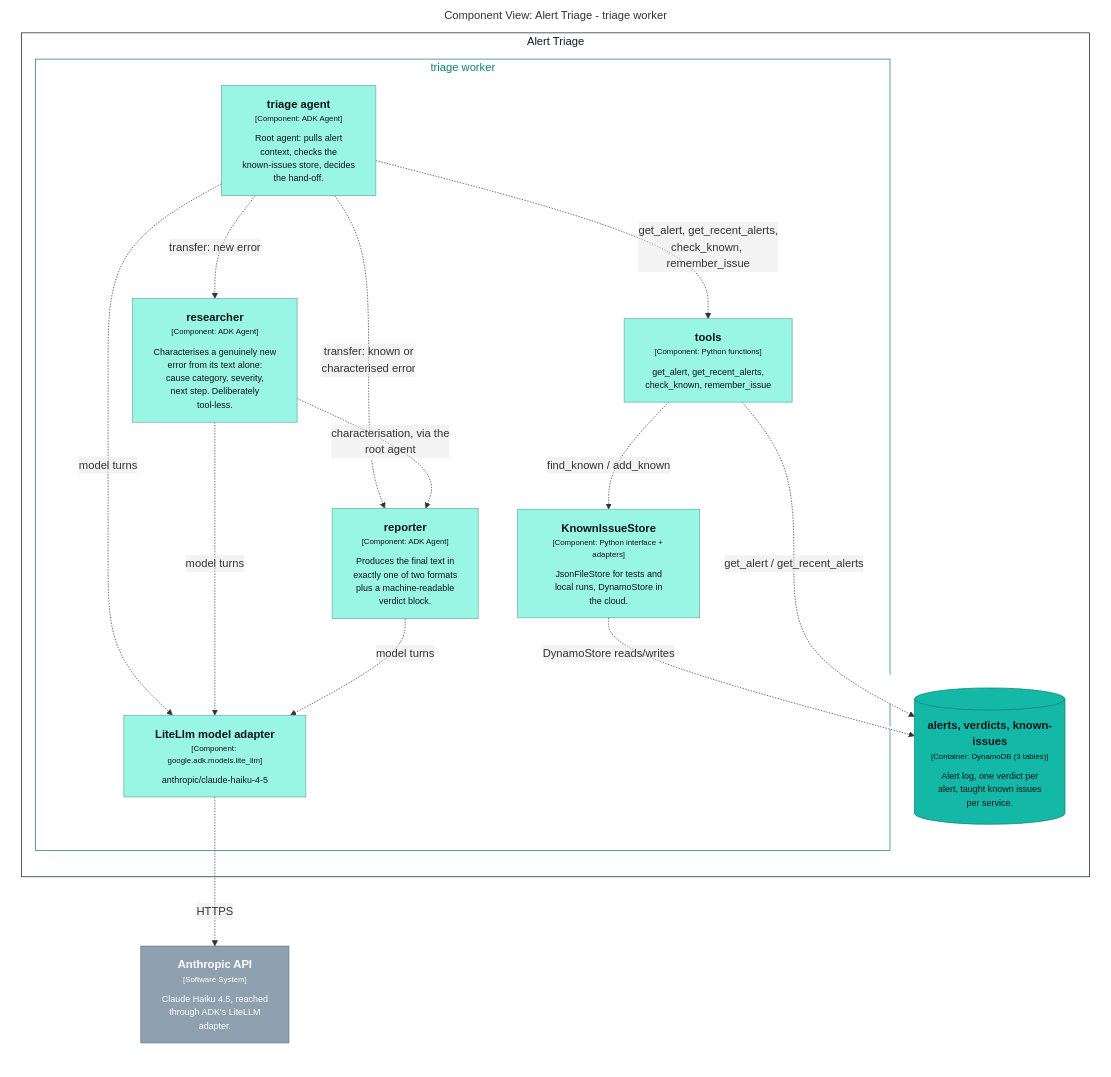
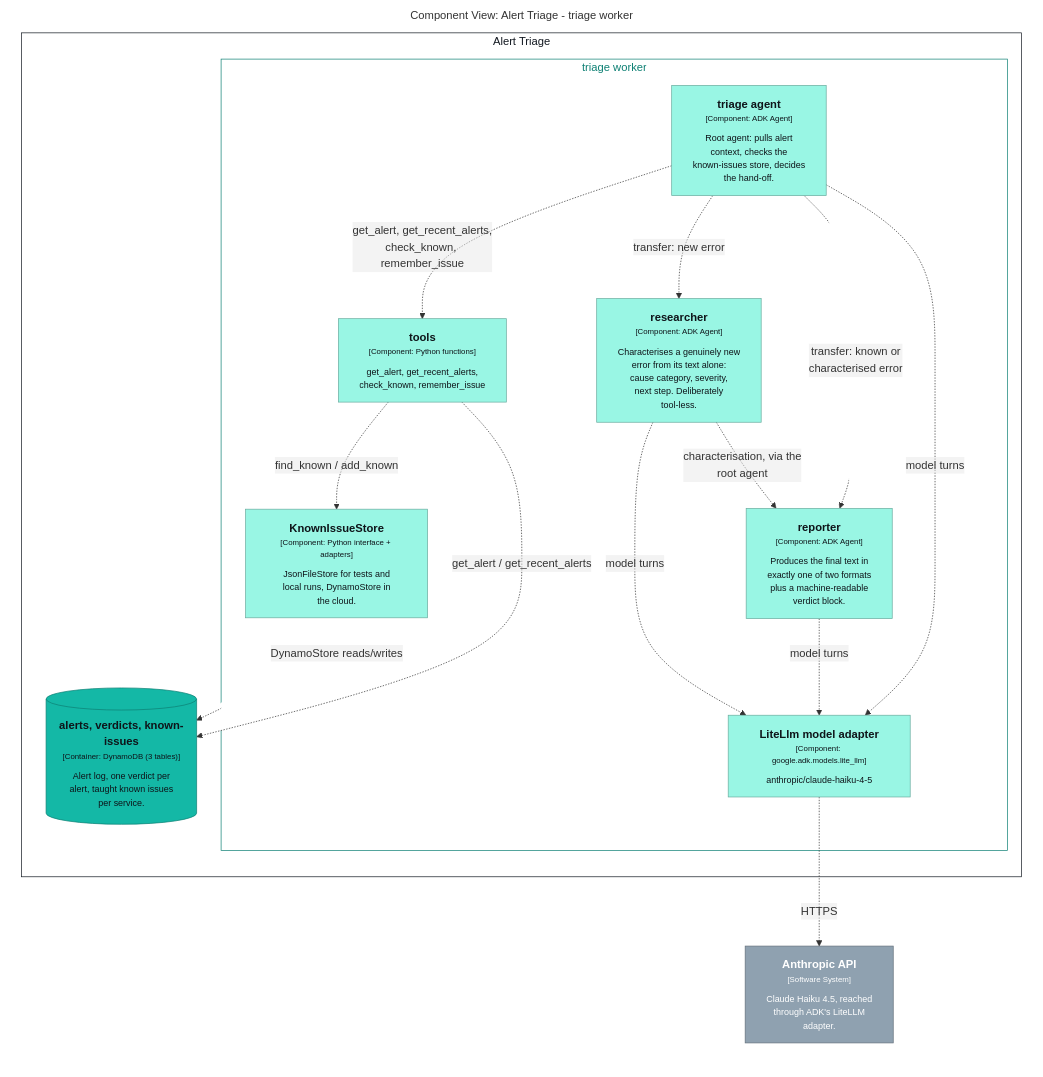
One commit to KucherenkoSerhiy/oncall-triage changed the diagram in docs/c4/generated/structurizr-worker-components.mmd. Above: the diagram before and after it, drawn with Mermaid. The commit also changed other lines of this file and 30 other files, not shown here.

```diff
--- a/docs/c4/generated/structurizr-worker-components.mmd
+++ b/docs/c4/generated/structurizr-worker-components.mmd
@@ -1,46 +1,46 @@
 graph LR
   linkStyle default fill:#ffffff
 
   subgraph diagram ["Component View: Alert Triage - triage worker"]
     style diagram fill:#ffffff,stroke:#ffffff
 
     3["<div style='font-weight: bold'>Anthropic API</div><div style='font-size: 70%; margin-top: 0px'>[Software System]</div><div style='font-size: 80%; margin-top:10px'>Claude Haiku 4.5, reached<br />through ADK's LiteLLM<br />adapter.</div>"]
     style 3 fill:#8fa1b0,stroke:#64707b,color:#ffffff
 
     subgraph 5 ["Alert Triage"]
       style 5 fill:#ffffff,stroke:#131921,color:#131921
 
       subgraph 8 ["triage worker"]
         style 8 fill:#ffffff,stroke:#0e8074,color:#0e8074
 
         10["<div style='font-weight: bold'>researcher</div><div style='font-size: 70%; margin-top: 0px'>[Component: ADK Agent]</div><div style='font-size: 80%; margin-top:10px'>Characterises a genuinely new<br />error from its text alone:<br />cause category, severity,<br />next step. Deliberately<br />tool-less.</div>"]
         style 10 fill:#99f6e4,stroke:#6bac9f,color:#0e1419
         11["<div style='font-weight: bold'>reporter</div><div style='font-size: 70%; margin-top: 0px'>[Component: ADK Agent]</div><div style='font-size: 80%; margin-top:10px'>Produces the final text in<br />exactly one of two formats<br />plus a machine-readable<br />verdict block.</div>"]
         style 11 fill:#99f6e4,stroke:#6bac9f,color:#0e1419
         12["<div style='font-weight: bold'>tools</div><div style='font-size: 70%; margin-top: 0px'>[Component: Python functions]</div><div style='font-size: 80%; margin-top:10px'>get_alert, get_recent_alerts,<br />check_known, remember_issue</div>"]
         style 12 fill:#99f6e4,stroke:#6bac9f,color:#0e1419
         13["<div style='font-weight: bold'>KnownIssueStore</div><div style='font-size: 70%; margin-top: 0px'>[Component: Python interface + adapters]</div><div style='font-size: 80%; margin-top:10px'>JsonFileStore for tests and<br />local runs, DynamoStore in<br />the cloud.</div>"]
         style 13 fill:#99f6e4,stroke:#6bac9f,color:#0e1419
         14["<div style='font-weight: bold'>LiteLlm model adapter</div><div style='font-size: 70%; margin-top: 0px'>[Component: google.adk.models.lite_llm]</div><div style='font-size: 80%; margin-top:10px'>anthropic/claude-haiku-4-5</div>"]
         style 14 fill:#99f6e4,stroke:#6bac9f,color:#0e1419
         9["<div style='font-weight: bold'>triage agent</div><div style='font-size: 70%; margin-top: 0px'>[Component: ADK Agent]</div><div style='font-size: 80%; margin-top:10px'>Root agent: pulls alert<br />context, checks the<br />known-issues store, decides<br />the hand-off.</div>"]
         style 9 fill:#99f6e4,stroke:#6bac9f,color:#0e1419
       end
 
       15[("<div style='font-weight: bold'>alerts, verdicts, known-issues</div><div style='font-size: 70%; margin-top: 0px'>[Container: DynamoDB (3 tables)]</div><div style='font-size: 80%; margin-top:10px'>Alert log, one verdict per<br />alert, taught known issues<br />per service.</div>")]
       style 15 fill:#14b8a6,stroke:#0e8074,color:#0e1419
     end
 
+    10-. "<div>model turns</div><div style='font-size: 70%'></div>" .->14
+    11-. "<div>model turns</div><div style='font-size: 70%'></div>" .->14
+    14-. "<div>HTTPS</div><div style='font-size: 70%'></div>" .->3
     9-. "<div>get_alert, get_recent_alerts,<br />check_known, remember_issue</div><div style='font-size: 70%'></div>" .->12
     9-. "<div>transfer: new error</div><div style='font-size: 70%'></div>" .->10
     9-. "<div>transfer: known or<br />characterised error</div><div style='font-size: 70%'></div>" .->11
     10-. "<div>characterisation, via the<br />root agent</div><div style='font-size: 70%'></div>" .->11
     12-. "<div>find_known / add_known</div><div style='font-size: 70%'></div>" .->13
     13-. "<div>DynamoStore reads/writes</div><div style='font-size: 70%'></div>" .->15
     12-. "<div>get_alert / get_recent_alerts</div><div style='font-size: 70%'></div>" .->15
     9-. "<div>model turns</div><div style='font-size: 70%'></div>" .->14
-    10-. "<div>model turns</div><div style='font-size: 70%'></div>" .->14
-    11-. "<div>model turns</div><div style='font-size: 70%'></div>" .->14
-    14-. "<div>HTTPS</div><div style='font-size: 70%'></div>" .->3
 
   end
```
